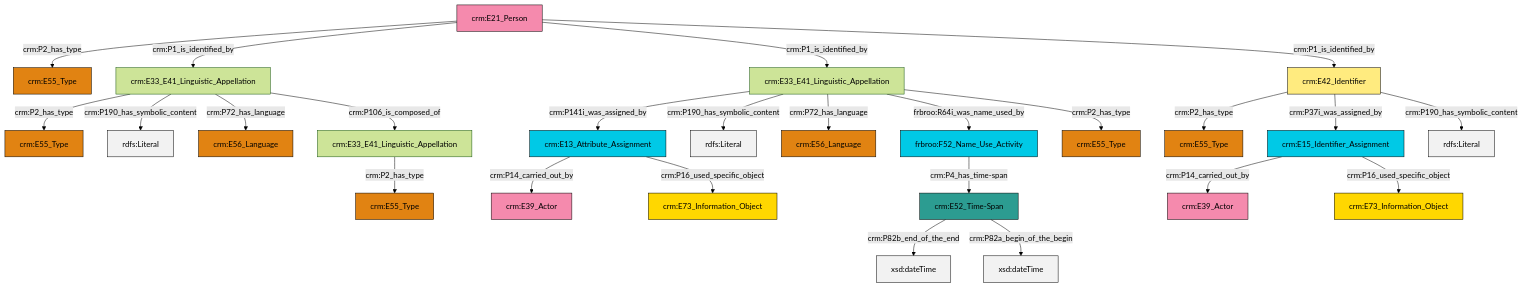
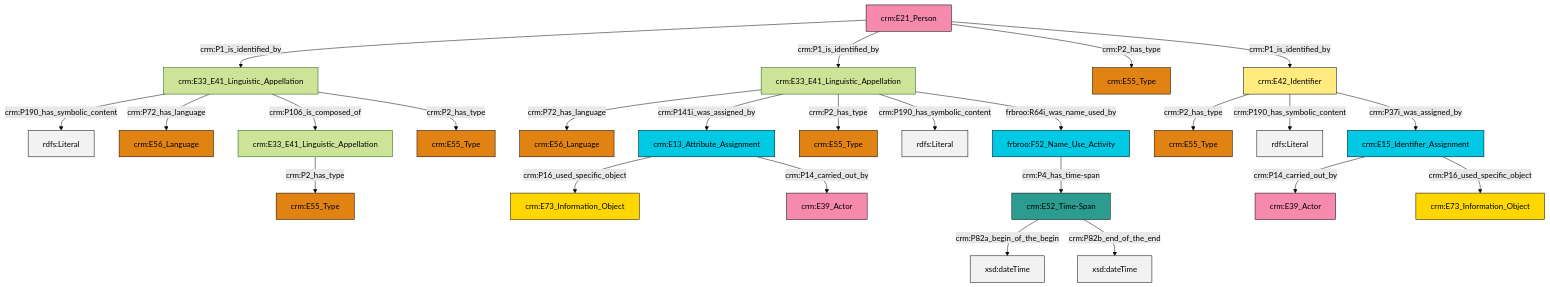
One commit to swiss-art-research-net/reference-data-models changed the diagram in et/personCSV/ttl/mmd/Person_Names_and_Classification.ttl.mmd. Above: the diagram before and after it, drawn with Mermaid (forest theme). The commit also changed 121 other files, not shown here.

```diff
--- a/et/personCSV/ttl/mmd/Person_Names_and_Classification.ttl.mmd
+++ b/et/personCSV/ttl/mmd/Person_Names_and_Classification.ttl.mmd
@@ -1,39 +1,39 @@
 graph TD
 classDef Literal fill:#f2f2f2,stroke:#000000;
 classDef CRM_Entity fill:#FFFFFF,stroke:#000000;
 classDef Temporal_Entity fill:#00C9E6, stroke:#000000;
 classDef Type fill:#E18312, stroke:#000000;
 classDef Time-Span fill:#2C9C91, stroke:#000000;
 classDef Appellation fill:#FFEB7F, stroke:#000000;
 classDef Place fill:#008836, stroke:#000000;
 classDef Persistent_Item fill:#B266B2, stroke:#000000;
 classDef Conceptual_Object fill:#FFD700, stroke:#000000;
 classDef Physical_Thing fill:#D2B48C, stroke:#000000;
 classDef Actor fill:#f58aad, stroke:#000000;
 classDef PC_Classes fill:#4ce600, stroke:#000000;
 classDef Multi fill:#cccccc,stroke:#000000;
 
-0["crm:E21_Person"]:::Actor -->|crm:P2_has_type| 1["crm:E55_Type"]:::Type
-2["crm:E33_E41_Linguistic_Appellation"]:::Default -->|crm:P141i_was_assigned_by| 3["crm:E13_Attribute_Assignment"]:::Temporal_Entity
-6["crm:E42_Identifier"]:::Appellation -->|crm:P2_has_type| 7["crm:E55_Type"]:::Type
-12["crm:E15_Identifier_Assignment"]:::Temporal_Entity -->|crm:P14_carried_out_by| 13["crm:E39_Actor"]:::Actor
-0["crm:E21_Person"]:::Actor -->|crm:P1_is_identified_by| 15["crm:E33_E41_Linguistic_Appellation"]:::Default
-3["crm:E13_Attribute_Assignment"]:::Temporal_Entity -->|crm:P14_carried_out_by| 16["crm:E39_Actor"]:::Actor
-6["crm:E42_Identifier"]:::Appellation -->|crm:P37i_was_assigned_by| 12["crm:E15_Identifier_Assignment"]:::Temporal_Entity
-6["crm:E42_Identifier"]:::Appellation -->|crm:P190_has_symbolic_content| 26[rdfs:Literal]:::Literal
-3["crm:E13_Attribute_Assignment"]:::Temporal_Entity -->|crm:P16_used_specific_object| 22["crm:E73_Information_Object"]:::Conceptual_Object
-0["crm:E21_Person"]:::Actor -->|crm:P1_is_identified_by| 2["crm:E33_E41_Linguistic_Appellation"]:::Default
-15["crm:E33_E41_Linguistic_Appellation"]:::Default -->|crm:P2_has_type| 4["crm:E55_Type"]:::Type
-12["crm:E15_Identifier_Assignment"]:::Temporal_Entity -->|crm:P16_used_specific_object| 30["crm:E73_Information_Object"]:::Conceptual_Object
-31["crm:E52_Time-Span"]:::Time-Span -->|crm:P82b_end_of_the_end| 32[xsd:dateTime]:::Literal
-2["crm:E33_E41_Linguistic_Appellation"]:::Default -->|crm:P190_has_symbolic_content| 35[rdfs:Literal]:::Literal
-15["crm:E33_E41_Linguistic_Appellation"]:::Default -->|crm:P190_has_symbolic_content| 37[rdfs:Literal]:::Literal
-15["crm:E33_E41_Linguistic_Appellation"]:::Default -->|crm:P72_has_language| 10["crm:E56_Language"]:::Type
-0["crm:E21_Person"]:::Actor -->|crm:P1_is_identified_by| 6["crm:E42_Identifier"]:::Appellation
-2["crm:E33_E41_Linguistic_Appellation"]:::Default -->|crm:P72_has_language| 27["crm:E56_Language"]:::Type
-31["crm:E52_Time-Span"]:::Time-Span -->|crm:P82a_begin_of_the_begin| 44[xsd:dateTime]:::Literal
-15["crm:E33_E41_Linguistic_Appellation"]:::Default -->|crm:P106_is_composed_of| 8["crm:E33_E41_Linguistic_Appellation"]:::Default
-20["frbroo:F52_Name_Use_Activity"]:::Temporal_Entity -->|crm:P4_has_time-span| 31["crm:E52_Time-Span"]:::Time-Span
-2["crm:E33_E41_Linguistic_Appellation"]:::Default -->|frbroo:R64i_was_name_used_by| 20["frbroo:F52_Name_Use_Activity"]:::Temporal_Entity
-2["crm:E33_E41_Linguistic_Appellation"]:::Default -->|crm:P2_has_type| 18["crm:E55_Type"]:::Type
-8["crm:E33_E41_Linguistic_Appellation"]:::Default -->|crm:P2_has_type| 42["crm:E55_Type"]:::Type
+2["crm:E15_Identifier_Assignment"]:::Temporal_Entity -->|crm:P14_carried_out_by| 3["crm:E39_Actor"]:::Actor
+6["crm:E33_E41_Linguistic_Appellation"]:::Default -->|crm:P72_has_language| 4["crm:E56_Language"]:::Type
+6["crm:E33_E41_Linguistic_Appellation"]:::Default -->|crm:P141i_was_assigned_by| 11["crm:E13_Attribute_Assignment"]:::Temporal_Entity
+9["crm:E42_Identifier"]:::Appellation -->|crm:P2_has_type| 16["crm:E55_Type"]:::Type
+9["crm:E42_Identifier"]:::Appellation -->|crm:P190_has_symbolic_content| 18[rdfs:Literal]:::Literal
+6["crm:E33_E41_Linguistic_Appellation"]:::Default -->|crm:P2_has_type| 19["crm:E55_Type"]:::Type
+12["crm:E33_E41_Linguistic_Appellation"]:::Default -->|crm:P190_has_symbolic_content| 20[rdfs:Literal]:::Literal
+2["crm:E15_Identifier_Assignment"]:::Temporal_Entity -->|crm:P16_used_specific_object| 21["crm:E73_Information_Object"]:::Conceptual_Object
+0["crm:E21_Person"]:::Actor -->|crm:P1_is_identified_by| 12["crm:E33_E41_Linguistic_Appellation"]:::Default
+11["crm:E13_Attribute_Assignment"]:::Temporal_Entity -->|crm:P16_used_specific_object| 26["crm:E73_Information_Object"]:::Conceptual_Object
+0["crm:E21_Person"]:::Actor -->|crm:P1_is_identified_by| 6["crm:E33_E41_Linguistic_Appellation"]:::Default
+12["crm:E33_E41_Linguistic_Appellation"]:::Default -->|crm:P72_has_language| 30["crm:E56_Language"]:::Type
+0["crm:E21_Person"]:::Actor -->|crm:P2_has_type| 7["crm:E55_Type"]:::Type
+12["crm:E33_E41_Linguistic_Appellation"]:::Default -->|crm:P106_is_composed_of| 31["crm:E33_E41_Linguistic_Appellation"]:::Default
+27["crm:E52_Time-Span"]:::Time-Span -->|crm:P82a_begin_of_the_begin| 35[xsd:dateTime]:::Literal
+12["crm:E33_E41_Linguistic_Appellation"]:::Default -->|crm:P2_has_type| 14["crm:E55_Type"]:::Type
+9["crm:E42_Identifier"]:::Appellation -->|crm:P37i_was_assigned_by| 2["crm:E15_Identifier_Assignment"]:::Temporal_Entity
+11["crm:E13_Attribute_Assignment"]:::Temporal_Entity -->|crm:P14_carried_out_by| 22["crm:E39_Actor"]:::Actor
+31["crm:E33_E41_Linguistic_Appellation"]:::Default -->|crm:P2_has_type| 33["crm:E55_Type"]:::Type
+6["crm:E33_E41_Linguistic_Appellation"]:::Default -->|crm:P190_has_symbolic_content| 39[rdfs:Literal]:::Literal
+27["crm:E52_Time-Span"]:::Time-Span -->|crm:P82b_end_of_the_end| 40[xsd:dateTime]:::Literal
+37["frbroo:F52_Name_Use_Activity"]:::Temporal_Entity -->|crm:P4_has_time-span| 27["crm:E52_Time-Span"]:::Time-Span
+0["crm:E21_Person"]:::Actor -->|crm:P1_is_identified_by| 9["crm:E42_Identifier"]:::Appellation
+6["crm:E33_E41_Linguistic_Appellation"]:::Default -->|frbroo:R64i_was_name_used_by| 37["frbroo:F52_Name_Use_Activity"]:::Temporal_Entity
```
